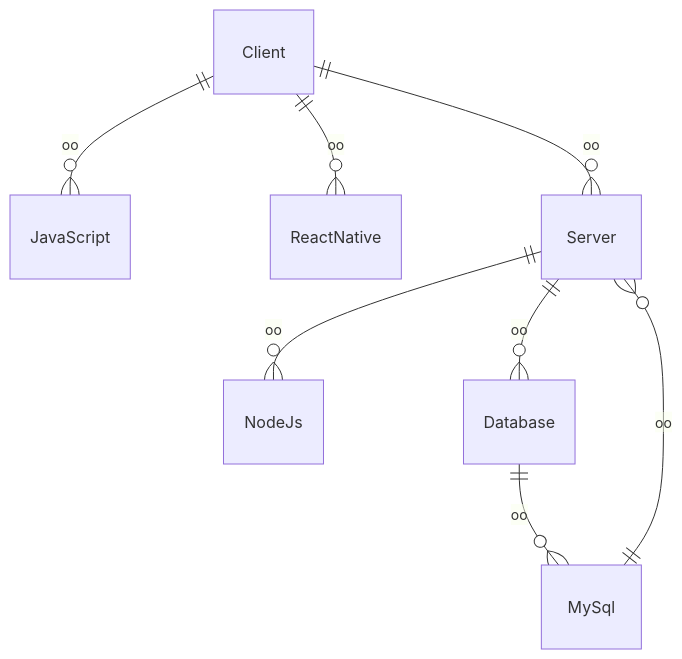
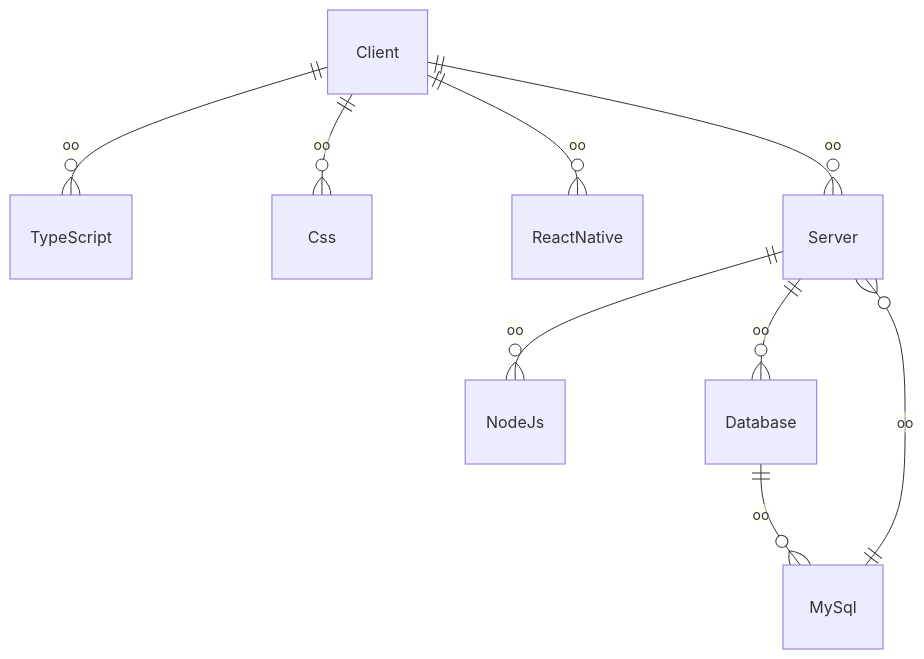
One commit to fahrizap/Kodein changed the second of 2 diagrams in job interview.MD. Above: the diagram before and after it, drawn with Mermaid.

Commit message:
Update job interview.MD

````diff
--- a/job interview.MD
+++ b/job interview.MD
@@ -77,11 +77,12 @@
 ```mermaid
 erDiagram
 
-  Client||--o{JavaScript :oo
+  Client||--o{TypeScript :oo
+  Client||--o{Css : oo
   Client||--o{ReactNative : oo
   Client||--o{Server : oo
   Server||--o{NodeJs : oo
   Server||--o{Database : oo
   Database||--o{MySql : oo
   MySql||--o{Server :oo
 ```
````
